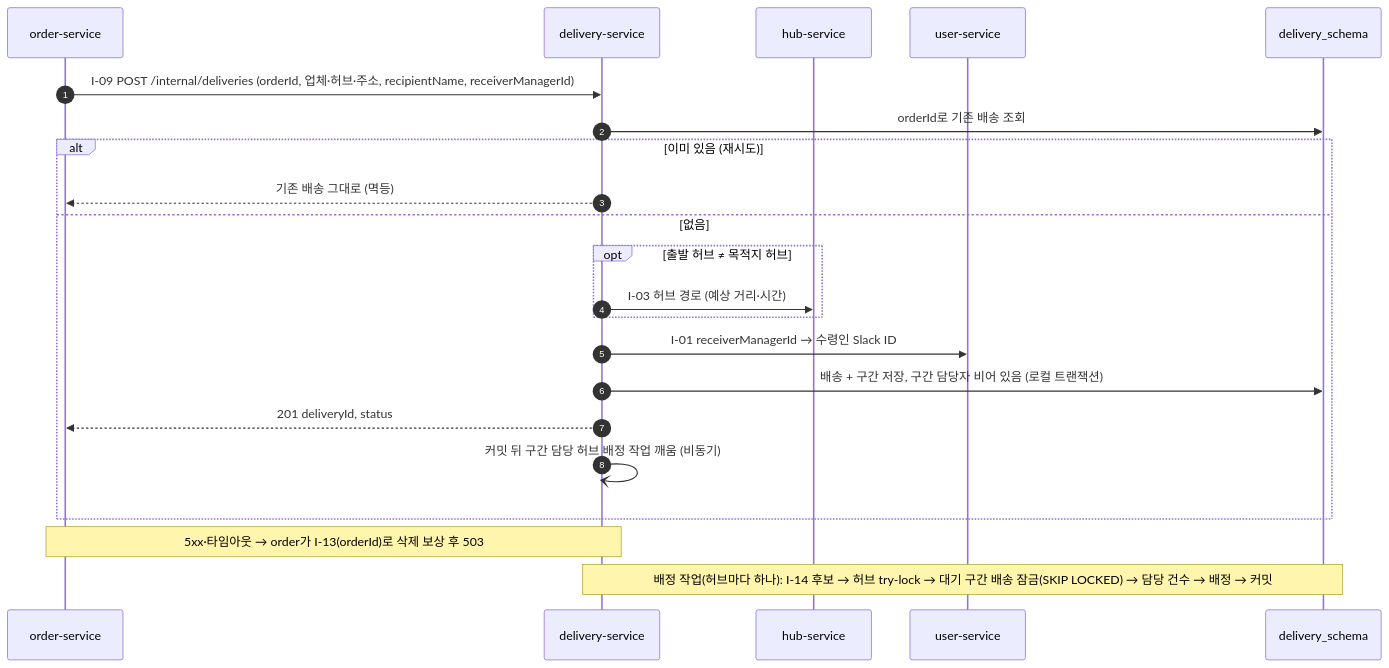
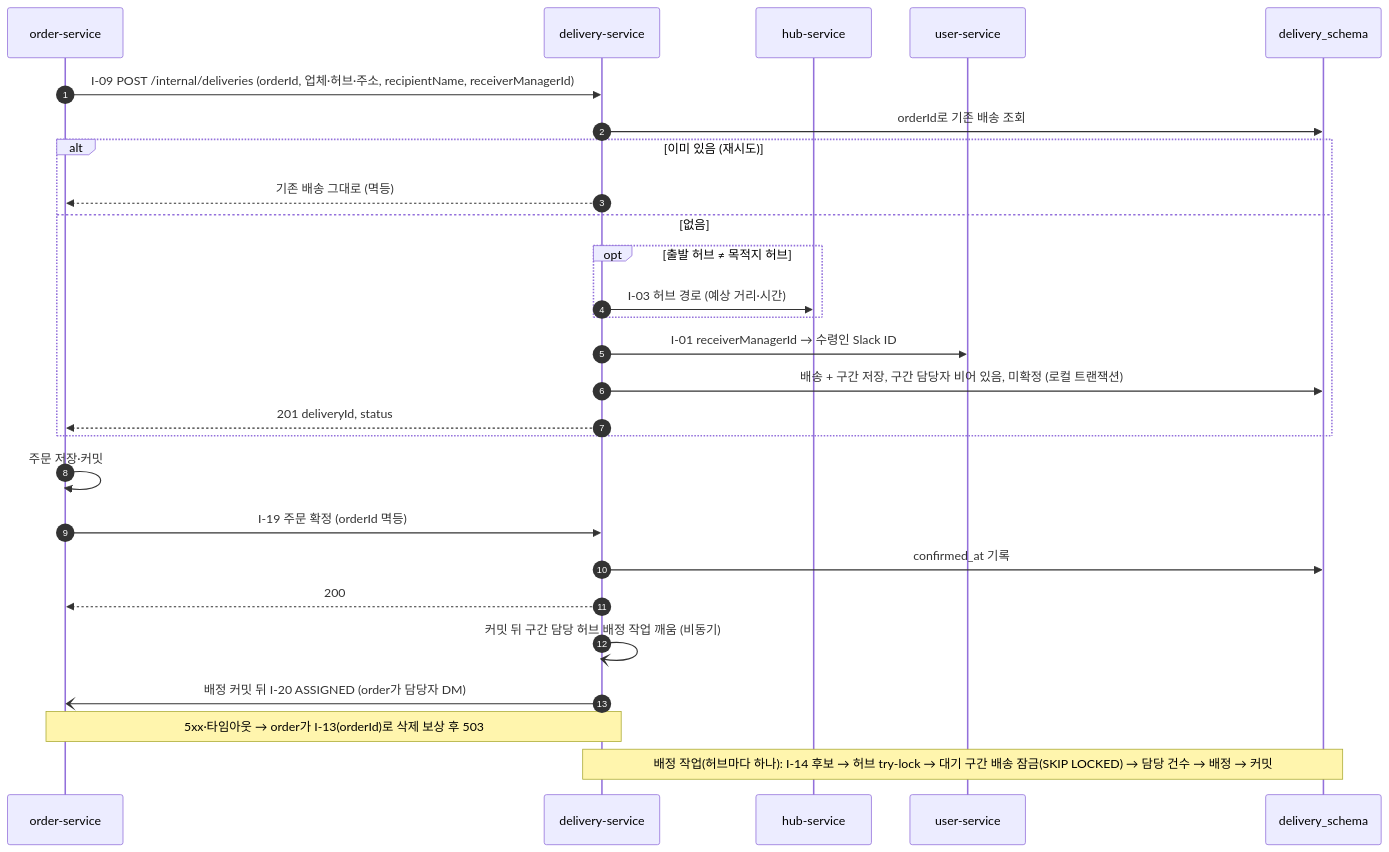
One commit to logistics-group3/logistics-management changed the third of 6 diagrams in delivery-service/docs/domain/delivery.md. Above: the diagram before and after it, drawn with Mermaid. The commit also changed other lines of this file and 4 other files, not shown here.

````diff
--- a/delivery-service/docs/domain/delivery.md
+++ b/delivery-service/docs/domain/delivery.md
@@ -252,25 +256,30 @@
 ```mermaid
 sequenceDiagram
     autonumber
     participant O as order-service
     participant D as delivery-service
     participant H as hub-service
     participant U as user-service
     participant DB as delivery_schema
 
     O->>D: I-09 POST /internal/deliveries (orderId, 업체·허브·주소, recipientName, receiverManagerId)
     D->>DB: orderId로 기존 배송 조회
     alt 이미 있음 (재시도)
         D-->>O: 기존 배송 그대로 (멱등)
     else 없음
         opt 출발 허브 ≠ 목적지 허브
             D->>H: I-03 허브 경로 (예상 거리·시간)
         end
         D->>U: I-01 receiverManagerId → 수령인 Slack ID
-        D->>DB: 배송 + 구간 저장, 구간 담당자 비어 있음 (로컬 트랜잭션)
+        D->>DB: 배송 + 구간 저장, 구간 담당자 비어 있음, 미확정 (로컬 트랜잭션)
         D-->>O: 201 deliveryId, status
-        D-)D: 커밋 뒤 구간 담당 허브 배정 작업 깨움 (비동기)
     end
+    O->>O: 주문 저장·커밋
+    O->>D: I-19 주문 확정 (orderId 멱등)
+    D->>DB: confirmed_at 기록
+    D-->>O: 200
+    D-)D: 커밋 뒤 구간 담당 허브 배정 작업 깨움 (비동기)
+    D-)O: 배정 커밋 뒤 I-20 ASSIGNED (order가 담당자 DM)
     Note over O,D: 5xx·타임아웃 → order가 I-13(orderId)로 삭제 보상 후 503
     Note over D,DB: 배정 작업(허브마다 하나): I-14 후보 → 허브 try-lock → 대기 구간 배송 잠금(SKIP LOCKED) → 담당 건수 → 배정 → 커밋
 ```
````
